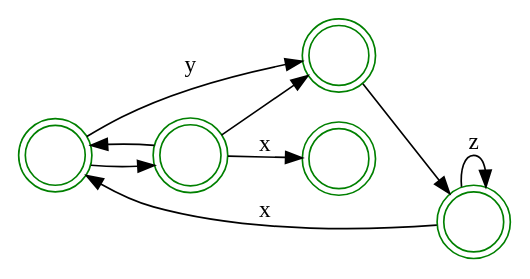
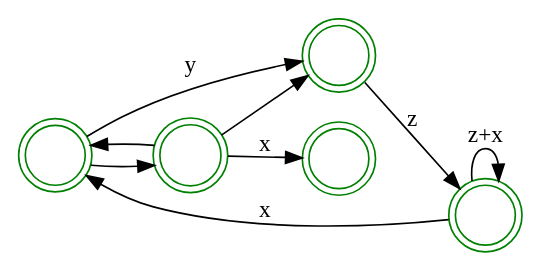
One commit to andrelago13/COMP changed the diagram in examples vis/teste2.dot. Above: the diagram before and after it, drawn with Graphviz. The commit also changed 3 other files, not shown here.

```diff
--- a/examples vis/teste2.dot
+++ b/examples vis/teste2.dot
@@ -1,16 +1,16 @@
 digraph {
   rankdir=LR;
   node [shape = doublecircle,
   		fontcolor=white,
   		color = green,
   		peripheries = 2]; B C;
   node [shape = circle];
   A;
-  A -> A[label=z];
+  A -> A[label="z+x"];
   A -> B[label=x];
   B -> C[label=y];
-  C -> A;
+  C -> A[label=z];
   B -> D;
   D -> {B; C}
   D -> E[label=x];
 }
```
